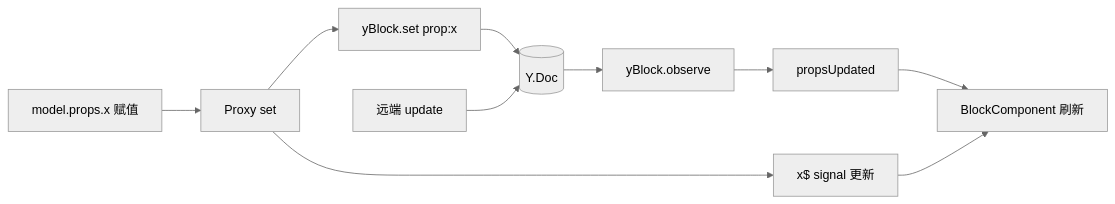
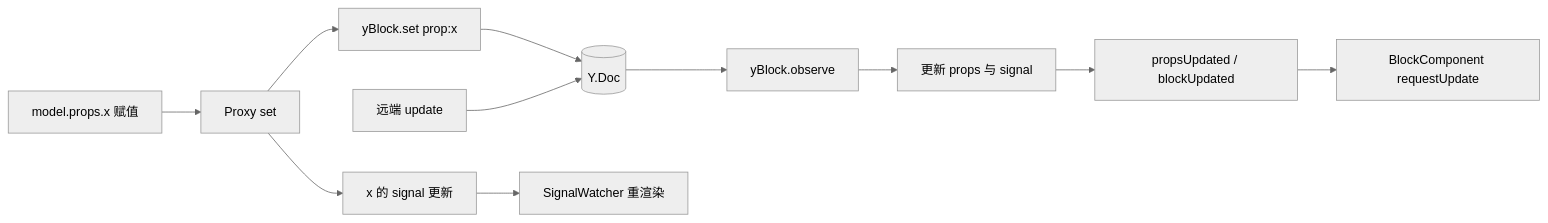
Before and after one commit to lfire/AFFiNE: the fifth of 7 diagrams in learning-guide/slides/decks/12.md, drawn with Mermaid (neutral theme). The commit also changed other lines of this file and 46 other files, not shown here.

````diff
--- a/learning-guide/slides/decks/12.md
+++ b/learning-guide/slides/decks/12.md
@@ -383,11 +452,13 @@
 ```mermaid
 flowchart LR
-  W1["model.props.x 赋值"] --> W2[Proxy set]
+  W1["model.props.x 赋值"] --> W2["Proxy set"]
   W2 --> W3["yBlock.set prop:x"]
-  W2 --> W4["x$ signal 更新"]
+  W2 --> W4["x 的 signal 更新"]
   W3 --> Y[("Y.Doc")]
-  R0[远端 update] --> Y
-  Y --> R1[yBlock.observe] --> R3[propsUpdated]
-  R3 --> V[BlockComponent 刷新]
-  W4 --> V
+  R0["远端 update"] --> Y
+  Y --> R1["yBlock.observe"]
+  R1 --> R2["更新 props 与 signal"]
+  R2 --> R3["propsUpdated / blockUpdated"]
+  R3 --> V["BlockComponent requestUpdate"]
+  W4 --> V2["SignalWatcher 重渲染"]
 ```
````
